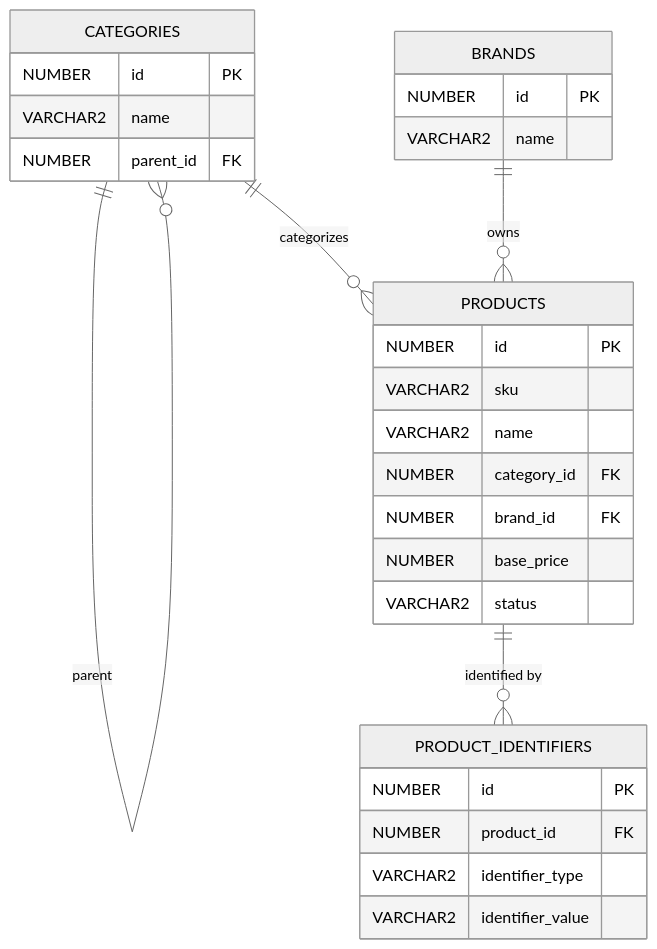
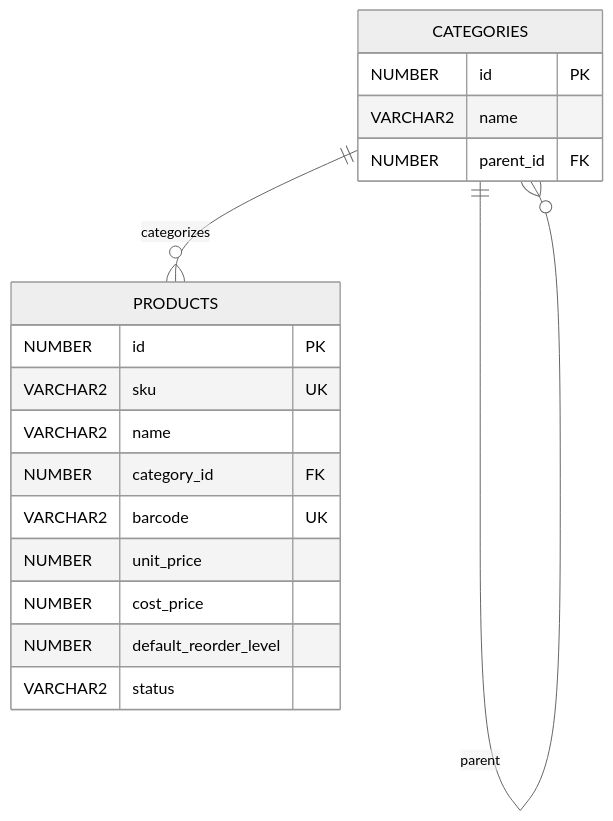
Before and after one commit to kirtika-0102/StockSmart: the second of 9 diagrams in docs/database.md, drawn with Mermaid (neutral theme). The commit also changed other lines of this file and 74 other files, not shown here.

Commit message:
architecture of application

````diff
--- a/docs/database.md
+++ b/docs/database.md
@@ -81,32 +56,22 @@
 ```mermaid
 erDiagram
-    CATEGORIES ||--o{ CATEGORIES : "parent"
-    CATEGORIES ||--o{ PRODUCTS : "categorizes"
-    BRANDS ||--o{ PRODUCTS : "owns"
-    PRODUCTS ||--o{ PRODUCT_IDENTIFIERS : "identified by"
+    CATEGORIES ||--o{ CATEGORIES : parent
+    CATEGORIES ||--o{ PRODUCTS : categorizes
 
-    PRODUCTS {
-        NUMBER id PK
-        VARCHAR2 sku
-        VARCHAR2 name
-        NUMBER category_id FK
-        NUMBER brand_id FK
-        NUMBER base_price
-        VARCHAR2 status
-    }
     CATEGORIES {
         NUMBER id PK
         VARCHAR2 name
         NUMBER parent_id FK
     }
-    BRANDS {
+    PRODUCTS {
         NUMBER id PK
+        VARCHAR2 sku UK
         VARCHAR2 name
-    }
-    PRODUCT_IDENTIFIERS {
-        NUMBER id PK
-        NUMBER product_id FK
-        VARCHAR2 identifier_type
-        VARCHAR2 identifier_value
+        NUMBER category_id FK
+        VARCHAR2 barcode UK
+        NUMBER unit_price
+        NUMBER cost_price
+        NUMBER default_reorder_level
+        VARCHAR2 status
     }
 ```
````
